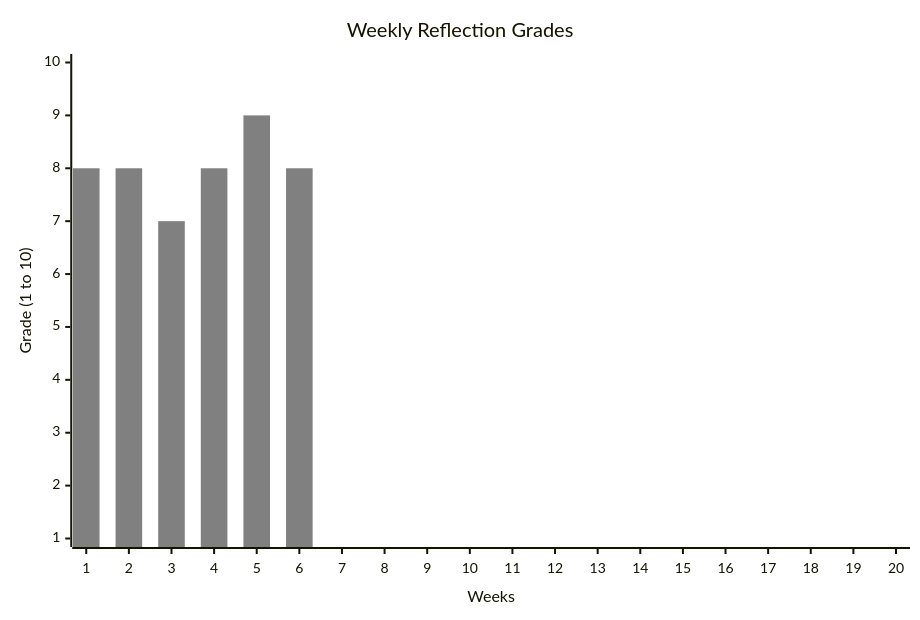
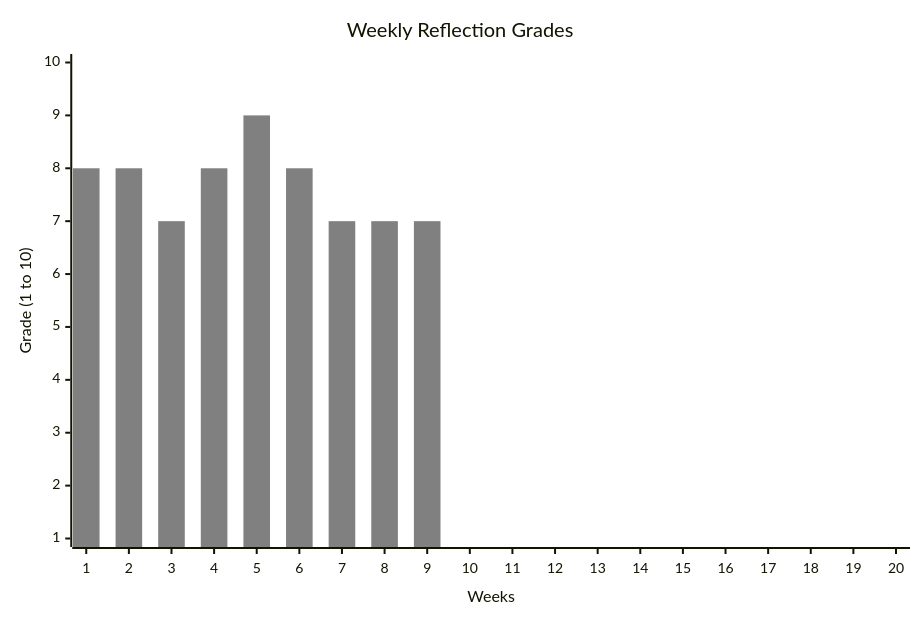
Before and after one commit to fuas-dverse/Brett: the diagram in Portfolio/Weekly Reflection.md, drawn with Mermaid. The commit also changed other lines of this file and 28 other files, not shown here.

````diff
--- a/Portfolio/Weekly Reflection.md
+++ b/Portfolio/Weekly Reflection.md
@@ -5,16 +5,16 @@
 ``` mermaid
 ---
 config:
     xyChart:
         width: 900
         height: 600
     themeVariables:
         xyChart:
             plotColorPalette: "#808080, #000000"
 ---
 xychart-beta
     title "Weekly Reflection Grades"
     x-axis "Weeks" [1, 2, 3, 4, 5, 6, 7, 8, 9, 10, 11, 12, 13, 14, 15, 16, 17, 18, 19, 20]
     y-axis "Grade (1 to 10)" 1 --> 10
-    bar [8, 8, 7, 8, 9, 8, 0, 0, 0, 0, 0, 0, 0, 0, 0, 0, 0, 0, 0, 0]
+    bar [8, 8, 7, 8, 9, 8, 7, 7, 7, 0, 0, 0, 0, 0, 0, 0, 0, 0, 0, 0]
 ```
````
